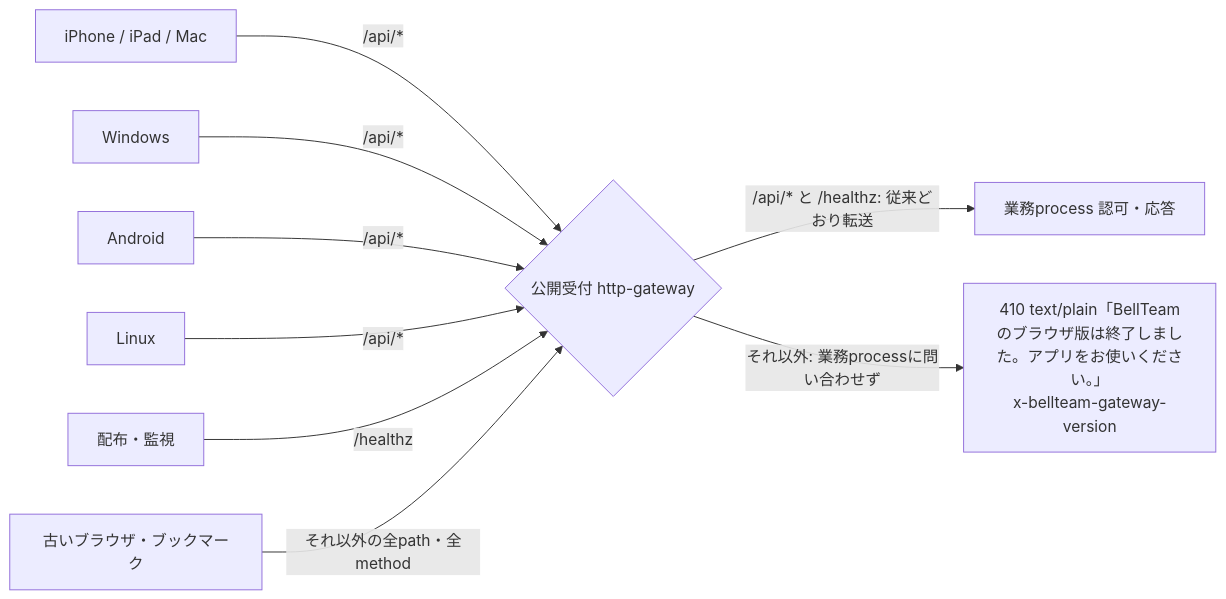
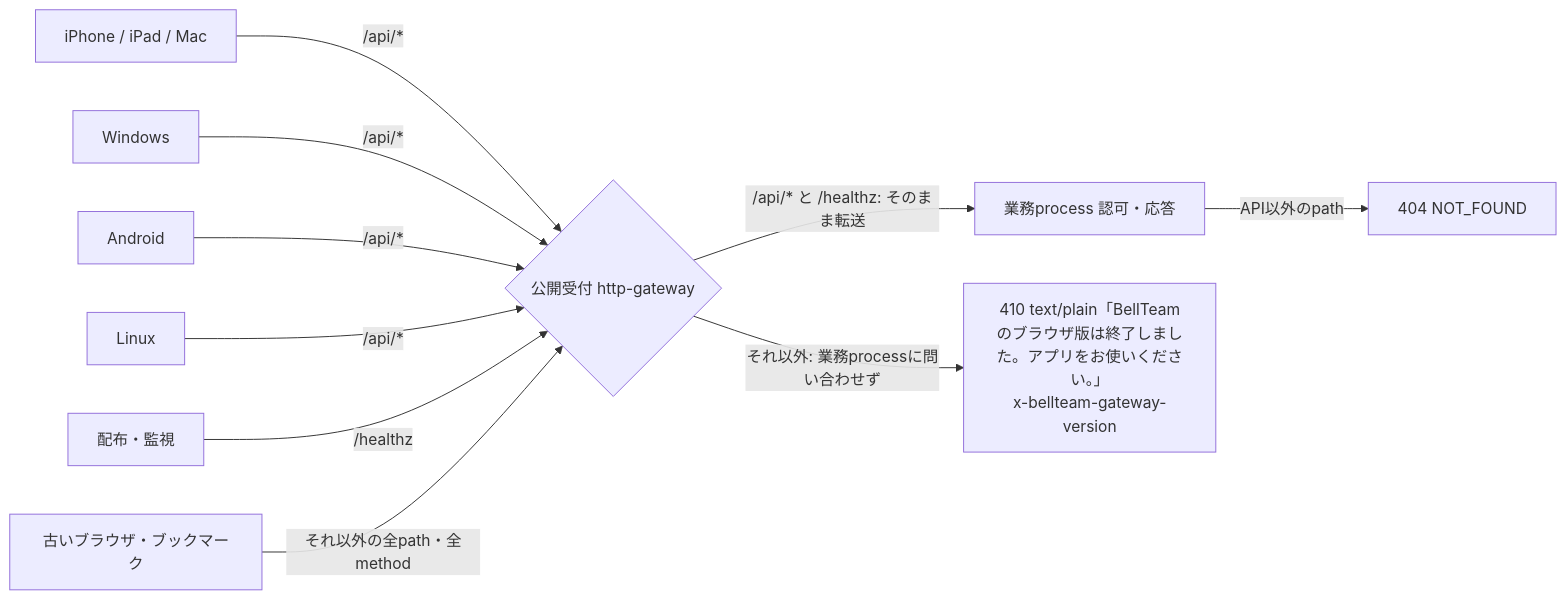
One commit to kitepon/BellTeam changed the second of 2 diagrams in docs/architecture/modules/web/gateway-builtin.md. Above: the diagram before and after it, drawn with Mermaid. The commit also changed other lines of this file and 192 other files, not shown here.

````diff
--- a/docs/architecture/modules/web/gateway-builtin.md
+++ b/docs/architecture/modules/web/gateway-builtin.md
@@ -43,11 +43,12 @@
 ```mermaid
 flowchart LR
   Apple[iPhone / iPad / Mac] -->|/api/*| Gate
   Win[Windows] -->|/api/*| Gate
   And[Android] -->|/api/*| Gate
   Lin[Linux] -->|/api/*| Gate
   Mon[配布・監視] -->|/healthz| Gate
   Old[古いブラウザ・ブックマーク] -->|それ以外の全path・全method| Gate
-  Gate{公開受付 http-gateway} -->|/api/* と /healthz: 従来どおり転送| Biz[業務process 認可・応答]
+  Gate{公開受付 http-gateway} -->|/api/* と /healthz: そのまま転送| Biz[業務process 認可・応答]
   Gate -->|それ以外: 業務processに問い合わせず| Notice[410 text/plain「BellTeamのブラウザ版は終了しました。アプリをお使いください。」<br/>x-bellteam-gateway-version]
+  Biz -->|API以外のpath| NotFound[404 NOT_FOUND]
 ```
````
